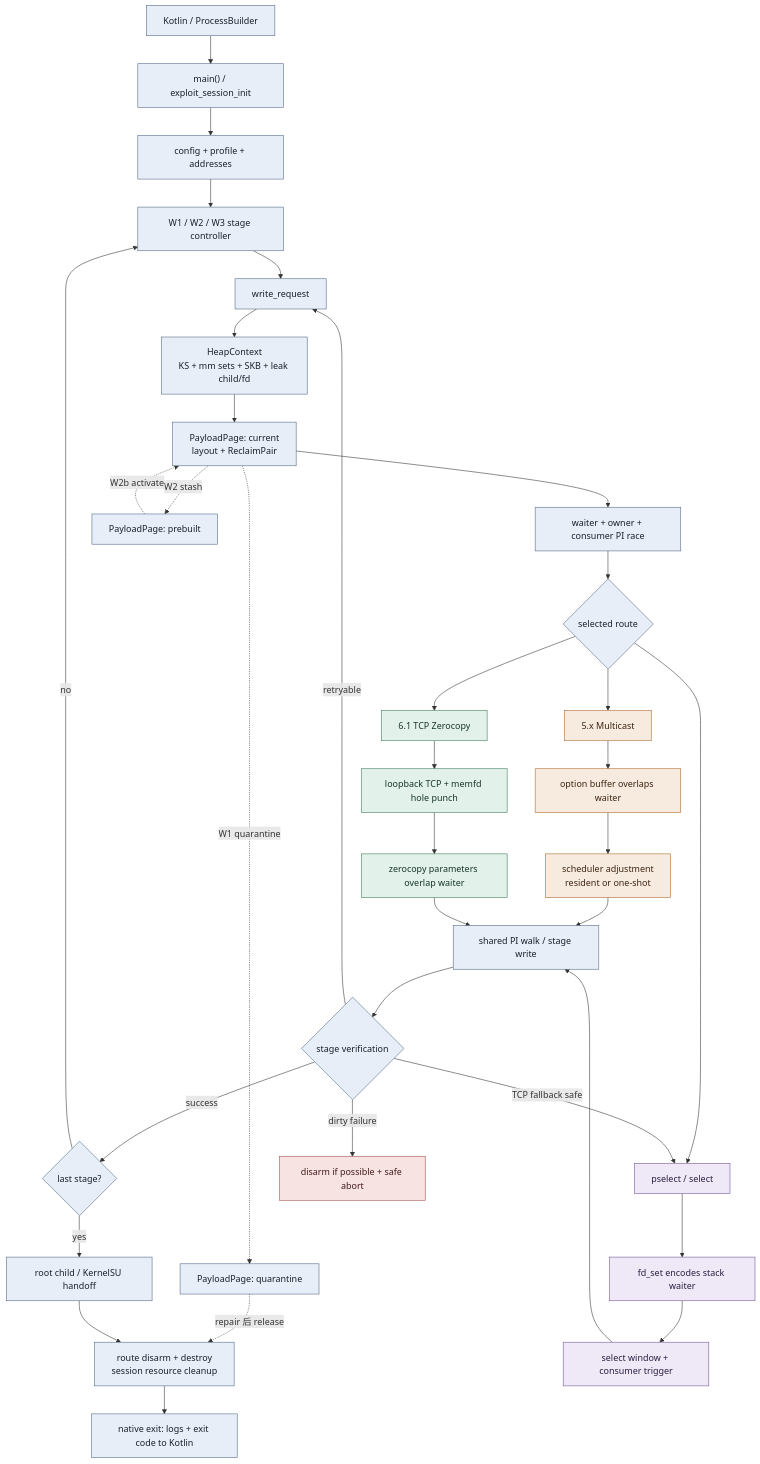
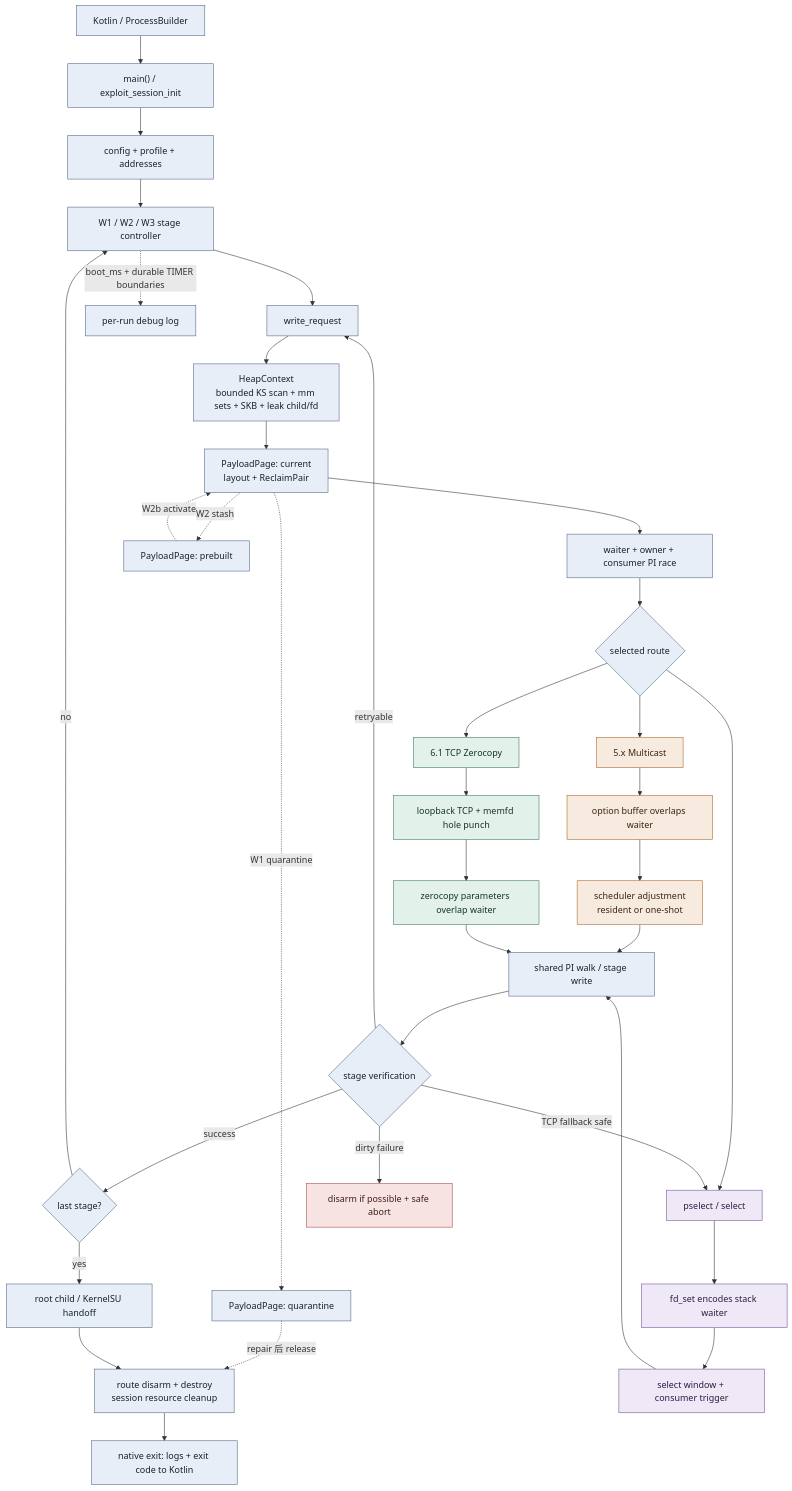
Before and after one commit to YuKongA/ghostlock-app: the first of 2 diagrams in analysis/native-decoupling-plan.md, drawn with Mermaid. The commit also changed other lines of this file and 2 other files, not shown here.

Commit message:
docs(upstream): record U01-A device gate

````diff
--- a/analysis/native-decoupling-plan.md
+++ b/analysis/native-decoupling-plan.md
@@ -200,54 +200,55 @@
 ```mermaid
 flowchart TD
     Start["Kotlin / ProcessBuilder"] --> Main["main() / exploit_session_init"]
     Main --> Init["config + profile + addresses"]
     Init --> Stage["W1 / W2 / W3 stage controller"]
     Stage --> Request["write_request"]
-    Request --> Heap["HeapContext<br/>KS + mm sets + SKB + leak child/fd"]
+    Request --> Heap["HeapContext<br/>bounded KS scan + mm sets + SKB + leak child/fd"]
     Heap --> Current["PayloadPage: current<br/>layout + ReclaimPair"]
     Current --> Race["waiter + owner + consumer PI race"]
     Current -. "W2 stash" .-> Prebuilt["PayloadPage: prebuilt"]
     Prebuilt -. "W2b activate" .-> Current
     Current -. "W1 quarantine" .-> Quarantine["PayloadPage: quarantine"]
     Quarantine -. "repair 后 release" .-> Cleanup
     Race --> Choice{"selected route"}
 
     Choice --> MC1["5.x Multicast"]
     MC1 --> MC2["option buffer overlaps waiter"]
     MC2 --> MC3["scheduler adjustment<br/>resident or one-shot"]
 
     Choice --> TCP1["6.1 TCP Zerocopy"]
     TCP1 --> TCP2["loopback TCP + memfd hole punch"]
     TCP2 --> TCP3["zerocopy parameters overlap waiter"]
 
     Choice --> PS1["pselect / select"]
     PS1 --> PS2["fd_set encodes stack waiter"]
     PS2 --> PS3["select window + consumer trigger"]
 
     MC3 --> Write["shared PI walk / stage write"]
     TCP3 --> Write
     PS3 --> Write
     Write --> Verify{"stage verification"}
 
     Verify -->|success| Advance{"last stage?"}
     Verify -->|retryable| Request
     Verify -->|TCP fallback safe| PS1
     Verify -->|dirty failure| Abort["disarm if possible + safe abort"]
 
     Advance -->|no| Stage
     Advance -->|yes| Handoff["root child / KernelSU handoff"]
     Handoff --> Cleanup["route disarm + destroy<br/>session resource cleanup"]
     Cleanup --> End["native exit: logs + exit code to Kotlin"]
+    Stage -. "boot_ms + durable TIMER boundaries" .-> Log["per-run debug log"]
 
     classDef common fill:#e8eef8,stroke:#506784,color:#17202a;
     classDef multicast fill:#f7eadf,stroke:#a86628,color:#3b2412;
     classDef tcp fill:#e2f2eb,stroke:#397a58,color:#173426;
     classDef pselect fill:#eee8f7,stroke:#70539a,color:#2c1e40;
     classDef failure fill:#f8e3e3,stroke:#a24a4a,color:#421b1b;
 
-    class Start,Main,Init,Stage,Request,Heap,Current,Prebuilt,Quarantine,Race,Choice,Write,Verify,Advance,Handoff,Cleanup,End common;
+    class Start,Main,Init,Stage,Request,Heap,Current,Prebuilt,Quarantine,Race,Choice,Write,Verify,Advance,Handoff,Cleanup,End,Log common;
     class MC1,MC2,MC3 multicast;
     class TCP1,TCP2,TCP3 tcp;
     class PS1,PS2,PS3 pselect;
     class Abort failure;
 ```
````
